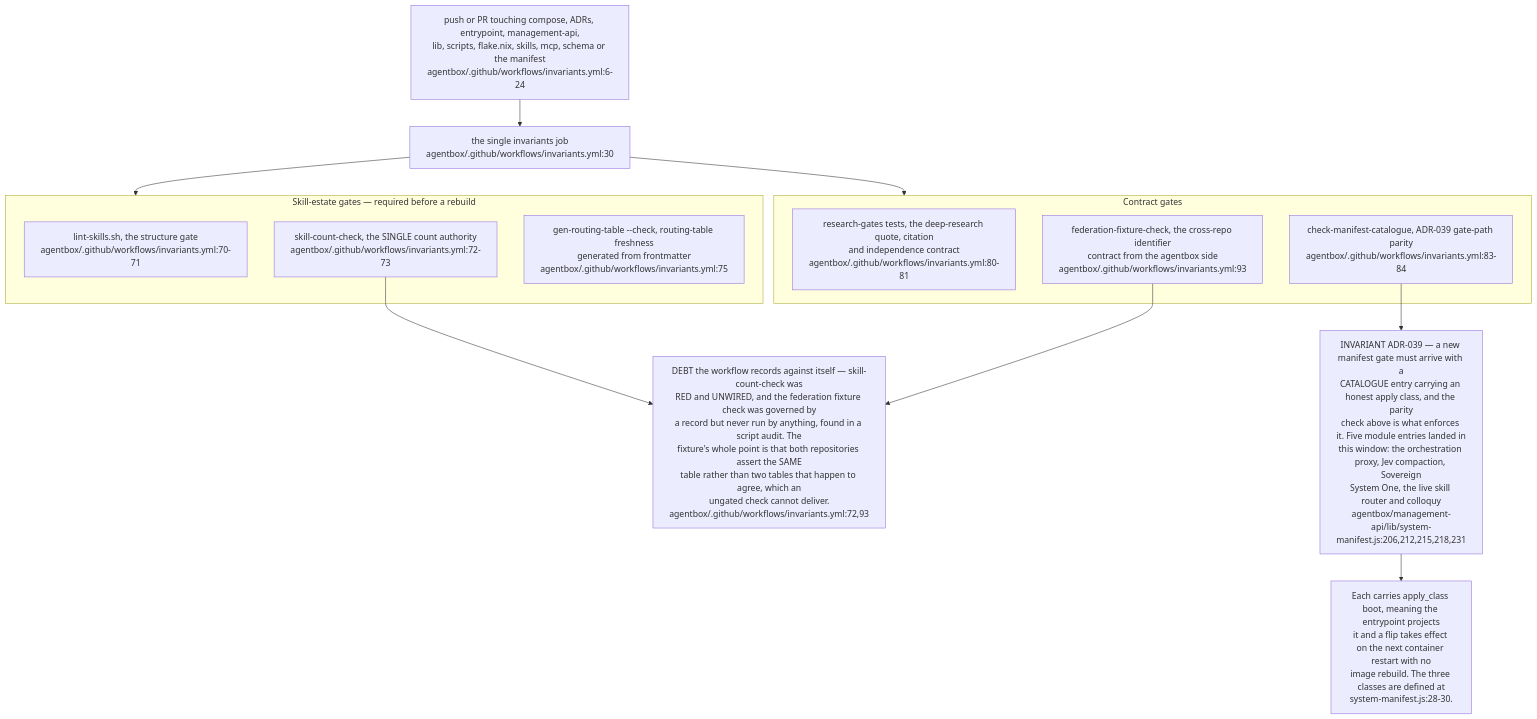
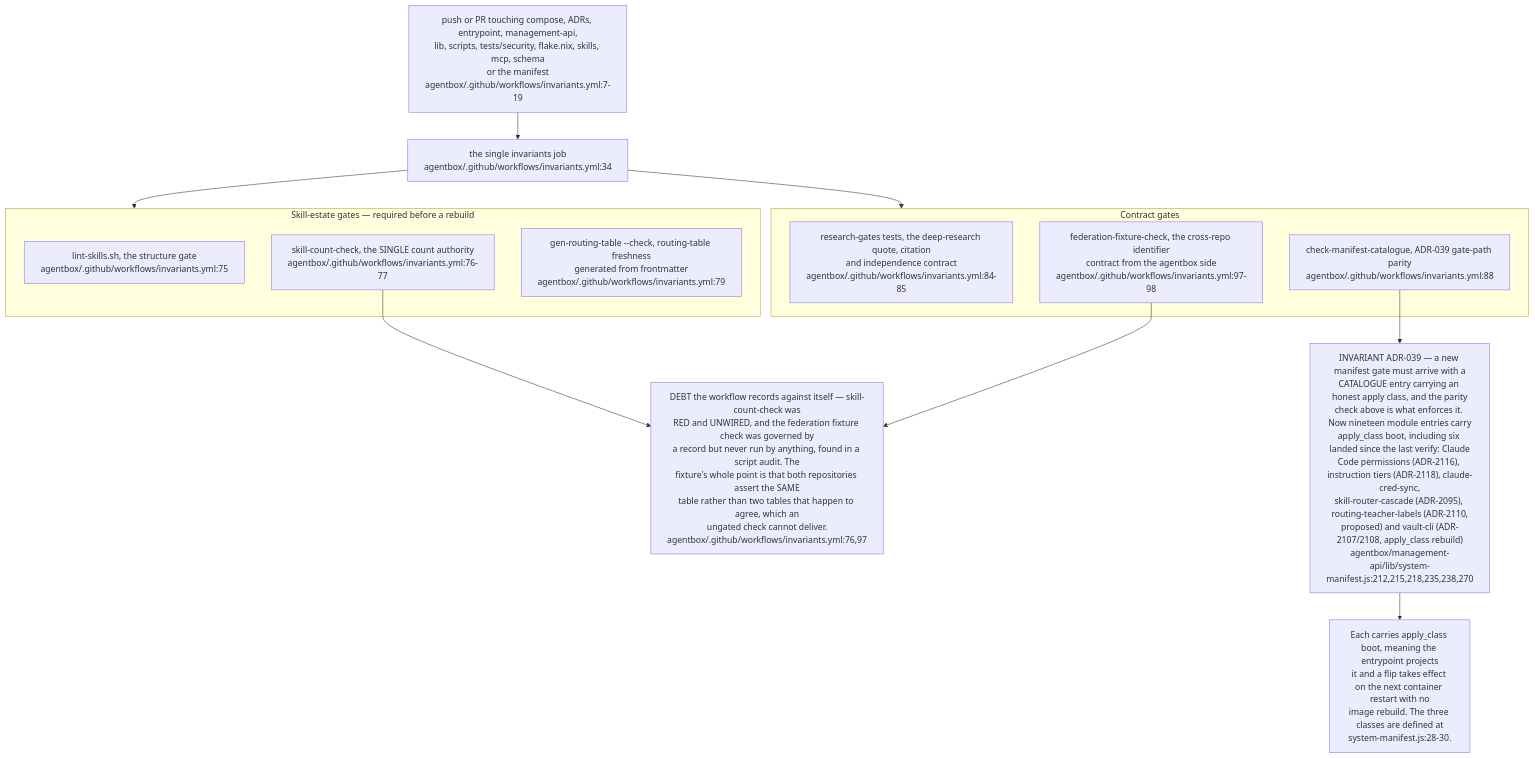
One commit to DreamLab-AI/VisionFlow changed diagram 22 of 23 in docs/diagrams/estate/09-build-deploy-and-ci-estate.md. Above: the diagram before and after it, drawn with Mermaid. The commit also changed other lines of this file and 136 other files, not shown here.

First line of the commit message:
docs(diagrams): refresh the whole corpus to code HEAD and prune low-value diagrams

````diff
--- a/docs/diagrams/estate/09-build-deploy-and-ci-estate.md
+++ b/docs/diagrams/estate/09-build-deploy-and-ci-estate.md
@@ -686,30 +684,30 @@
 ```mermaid
 flowchart TB
-    TRIG["push or PR touching compose, ADRs, entrypoint, management-api,<br/>lib, scripts, flake.nix, skills, mcp, schema or the manifest<br/>agentbox/.github/workflows/invariants.yml:6-24"]
-    JOB["the single invariants job<br/>agentbox/.github/workflows/invariants.yml:30"]
+    TRIG["push or PR touching compose, ADRs, entrypoint, management-api,<br/>lib, scripts, tests/security, flake.nix, skills, mcp, schema<br/>or the manifest<br/>agentbox/.github/workflows/invariants.yml:7-19"]
+    JOB["the single invariants job<br/>agentbox/.github/workflows/invariants.yml:34"]
     TRIG --> JOB
 
     subgraph SKILLS["Skill-estate gates — required before a rebuild"]
-        S1["lint-skills.sh, the structure gate<br/>agentbox/.github/workflows/invariants.yml:70-71"]
-        S2["skill-count-check, the SINGLE count authority<br/>agentbox/.github/workflows/invariants.yml:72-73"]
-        S3["gen-routing-table --check, routing-table freshness<br/>generated from frontmatter<br/>agentbox/.github/workflows/invariants.yml:75"]
+        S1["lint-skills.sh, the structure gate<br/>agentbox/.github/workflows/invariants.yml:75"]
+        S2["skill-count-check, the SINGLE count authority<br/>agentbox/.github/workflows/invariants.yml:76-77"]
+        S3["gen-routing-table --check, routing-table freshness<br/>generated from frontmatter<br/>agentbox/.github/workflows/invariants.yml:79"]
     end
     JOB --> SKILLS
 
     subgraph CONTRACT["Contract gates"]
-        C1["research-gates tests, the deep-research quote, citation<br/>and independence contract<br/>agentbox/.github/workflows/invariants.yml:80-81"]
-        C2["check-manifest-catalogue, ADR-039 gate-path parity<br/>agentbox/.github/workflows/invariants.yml:83-84"]
-        C3["federation-fixture-check, the cross-repo identifier<br/>contract from the agentbox side<br/>agentbox/.github/workflows/invariants.yml:93"]
+        C1["research-gates tests, the deep-research quote, citation<br/>and independence contract<br/>agentbox/.github/workflows/invariants.yml:84-85"]
+        C2["check-manifest-catalogue, ADR-039 gate-path parity<br/>agentbox/.github/workflows/invariants.yml:88"]
+        C3["federation-fixture-check, the cross-repo identifier<br/>contract from the agentbox side<br/>agentbox/.github/workflows/invariants.yml:97-98"]
     end
     JOB --> CONTRACT
 
-    DEBT["DEBT the workflow records against itself — skill-count-check was<br/>RED and UNWIRED, and the federation fixture check was governed by<br/>a record but never run by anything, found in a script audit. The<br/>fixture's whole point is that both repositories assert the SAME<br/>table rather than two tables that happen to agree, which an<br/>ungated check cannot deliver.<br/>agentbox/.github/workflows/invariants.yml:72,93"]
+    DEBT["DEBT the workflow records against itself — skill-count-check was<br/>RED and UNWIRED, and the federation fixture check was governed by<br/>a record but never run by anything, found in a script audit. The<br/>fixture's whole point is that both repositories assert the SAME<br/>table rather than two tables that happen to agree, which an<br/>ungated check cannot deliver.<br/>agentbox/.github/workflows/invariants.yml:76,97"]
     S2 --> DEBT
     C3 --> DEBT
 
-    CAT["INVARIANT ADR-039 — a new manifest gate must arrive with a<br/>CATALOGUE entry carrying an honest apply class, and the parity<br/>check above is what enforces it. Five module entries landed in<br/>this window: the orchestration proxy, Jev compaction, Sovereign<br/>System One, the live skill router and colloquy<br/>agentbox/management-api/lib/system-manifest.js:206,212,215,218,231"]
+    CAT["INVARIANT ADR-039 — a new manifest gate must arrive with a<br/>CATALOGUE entry carrying an honest apply class, and the parity<br/>check above is what enforces it. Now nineteen module entries carry<br/>apply_class boot, including six landed since the last verify: Claude<br/>Code permissions (ADR-2116), instruction tiers (ADR-2118), claude-cred-sync,<br/>skill-router-cascade (ADR-2095), routing-teacher-labels (ADR-2110,<br/>proposed) and vault-cli (ADR-2107/2108, apply_class rebuild)<br/>agentbox/management-api/lib/system-manifest.js:212,215,218,235,238,270"]
     C2 --> CAT
 
     CLASS["Each carries apply_class boot, meaning the entrypoint projects<br/>it and a flip takes effect on the next container restart with no<br/>image rebuild. The three classes are defined at<br/>system-manifest.js:28-30."]
     CAT --> CLASS
 ```
````
